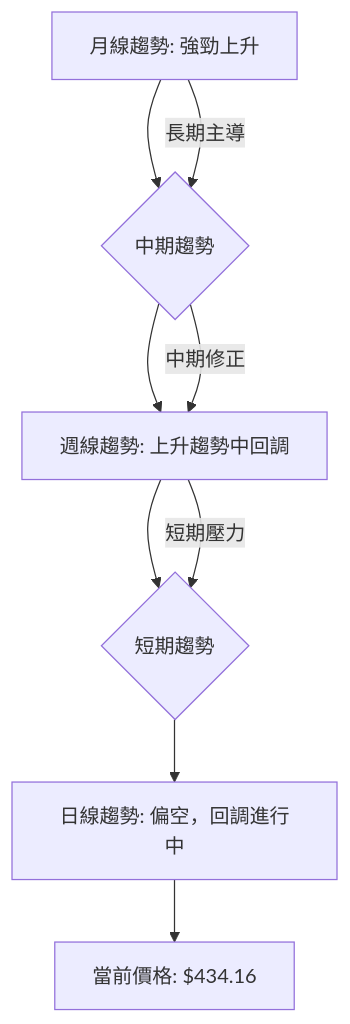
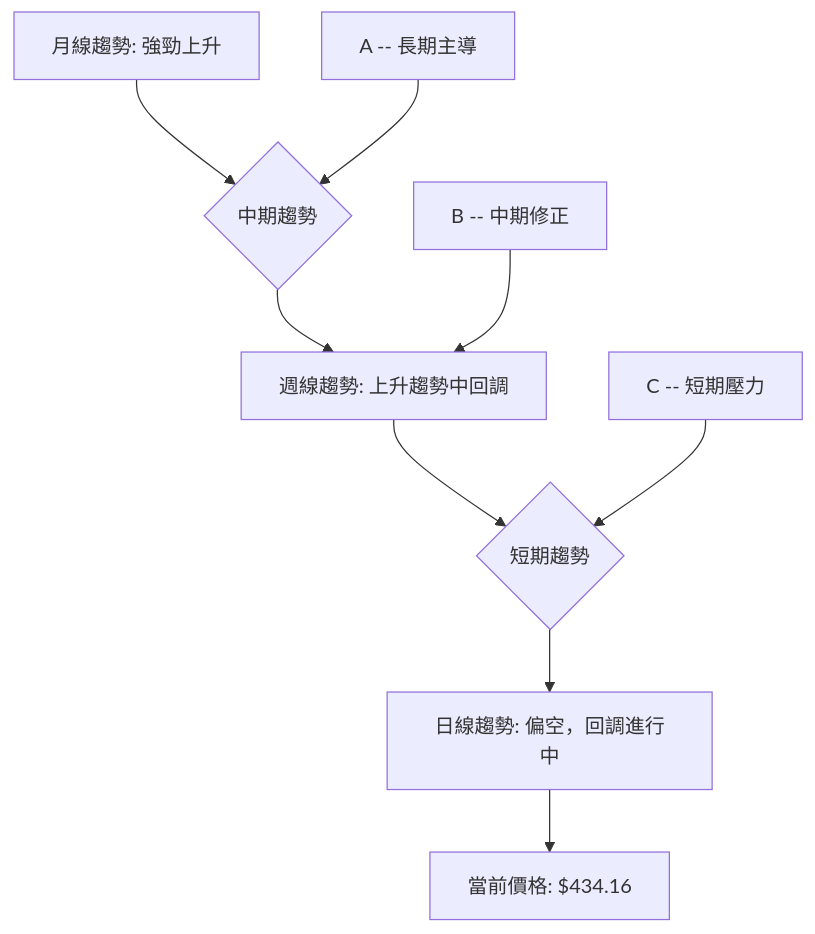
The second of 11 diagrams in ai_gen_report/stock/tsm/technical_analysis_2026-07-03_gemini.md (yennanliu/finance_data), drawn with Mermaid before and after one commit. The commit also changed other lines of this file and 2258 other files, not shown here.

First line of the commit message:
chore: backfill Mermaid syntax repair across existing reports

````diff
--- a/ai_gen_report/stock/tsm/technical_analysis_2026-07-03_gemini.md
+++ b/ai_gen_report/stock/tsm/technical_analysis_2026-07-03_gemini.md
@@ -114,11 +114,11 @@
 ```mermaid
 graph TD
-    A[月線趨勢: 強勁上升] --> B{中期趨勢}
-    B --> C[週線趨勢: 上升趨勢中回調]
-    C --> D{短期趨勢}
-    D --> E[日線趨勢: 偏空，回調進行中]
-    E --> F[當前價格: $434.16]
-    A -- 長期主導 --> B
-    B -- 中期修正 --> C
-    C -- 短期壓力 --> D
+    A["月線趨勢: 強勁上升"] --> B{"中期趨勢"}
+    B --> C["週線趨勢: 上升趨勢中回調"]
+    C --> D{"短期趨勢"}
+    D --> E["日線趨勢: 偏空，回調進行中"]
+    E --> F["當前價格: $434.16"]
+    nb1["A -- 長期主導"] --> B
+    nb2["B -- 中期修正"] --> C
+    nb3["C -- 短期壓力"] --> D
 ```
````
